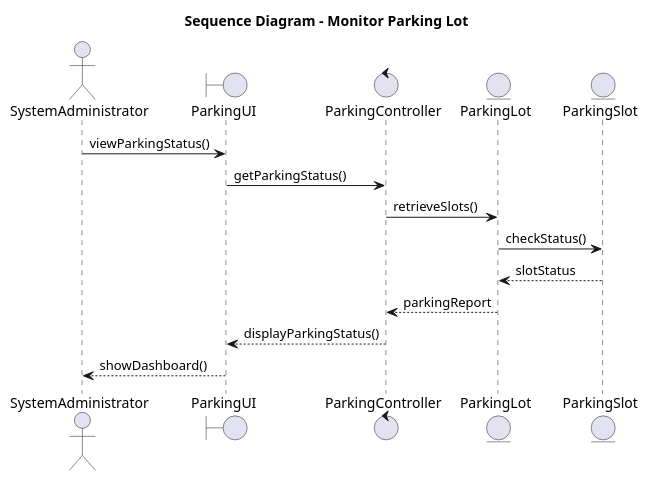
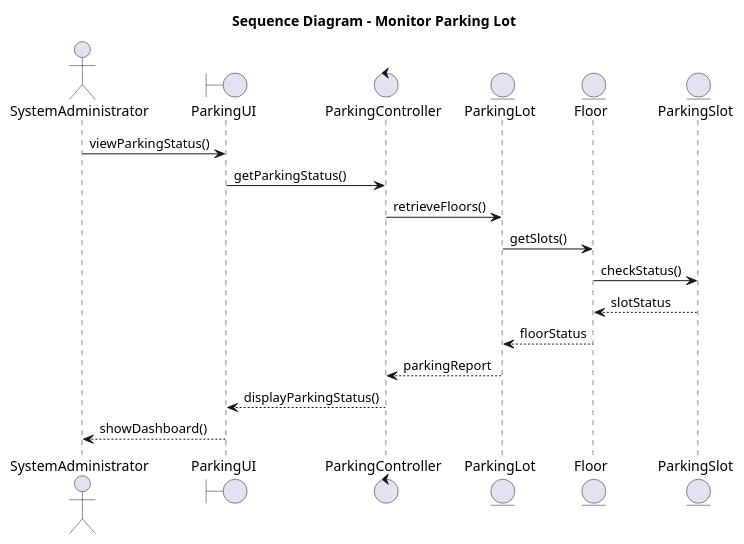
One commit to gantapriya55/CSCI_6234_Spring_2026_G22 changed the diagram in Design/SequenceDiagram/MonitorParkingLot/MonitorParkingLot.puml. Above: the diagram before and after it, drawn with PlantUML.

```diff
--- a/Design/SequenceDiagram/MonitorParkingLot/MonitorParkingLot.puml
+++ b/Design/SequenceDiagram/MonitorParkingLot/MonitorParkingLot.puml
@@ -1,26 +1,28 @@
 @startuml
 title Sequence Diagram – Monitor Parking Lot
 
 actor SystemAdministrator
 boundary ParkingUI
 control ParkingController
 entity ParkingLot
+entity Floor
 entity ParkingSlot
 
 SystemAdministrator -> ParkingUI : viewParkingStatus()
 
 ParkingUI -> ParkingController : getParkingStatus()
 
-ParkingController -> ParkingLot : retrieveSlots()
+ParkingController -> ParkingLot : retrieveFloors()
 
-ParkingLot -> ParkingSlot : checkStatus()
+ParkingLot -> Floor : getSlots()
 
-ParkingSlot --> ParkingLot : slotStatus
+Floor -> ParkingSlot : checkStatus()
 
+ParkingSlot --> Floor : slotStatus
+Floor --> ParkingLot : floorStatus
 ParkingLot --> ParkingController : parkingReport
 
 ParkingController --> ParkingUI : displayParkingStatus()
 
 ParkingUI --> SystemAdministrator : showDashboard()
-
 @enduml
```
